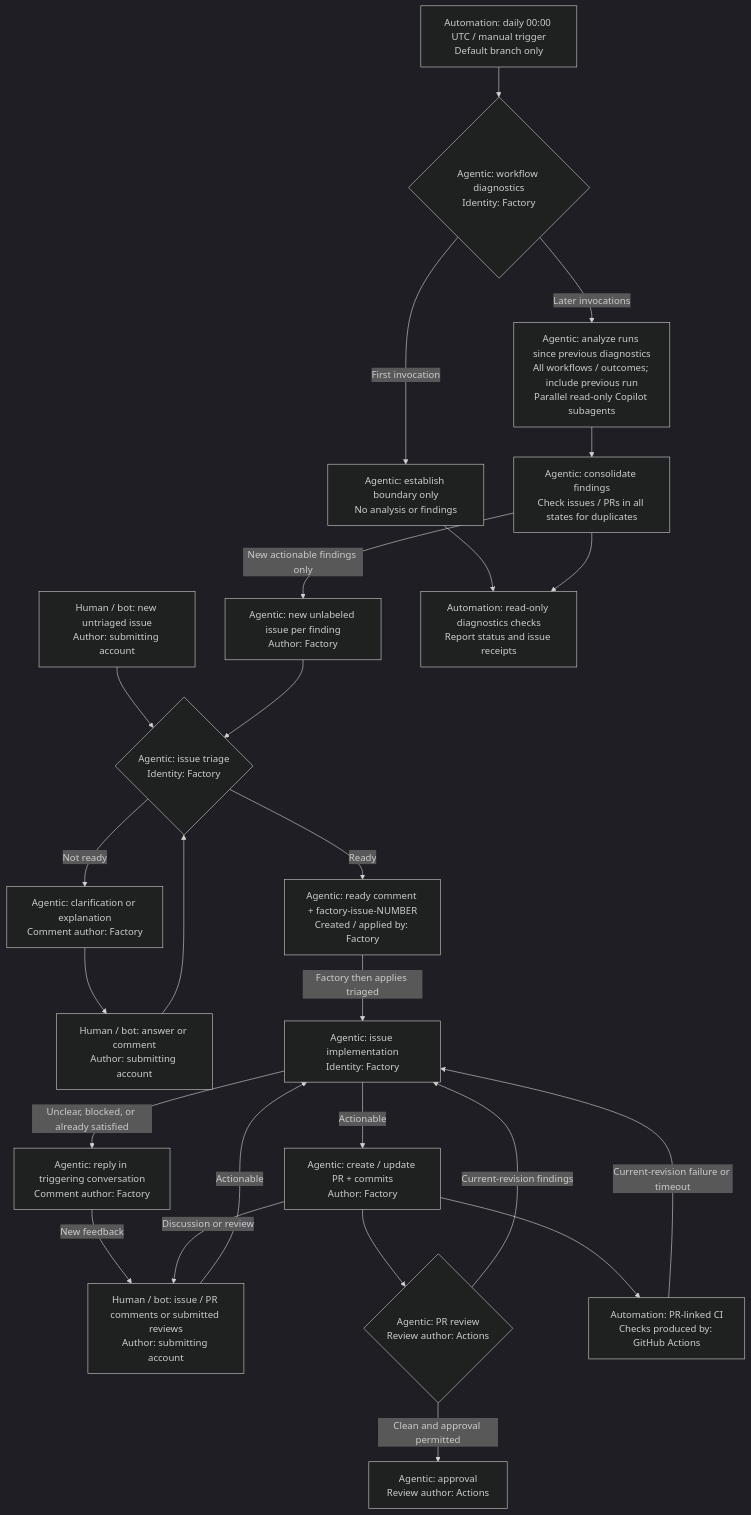
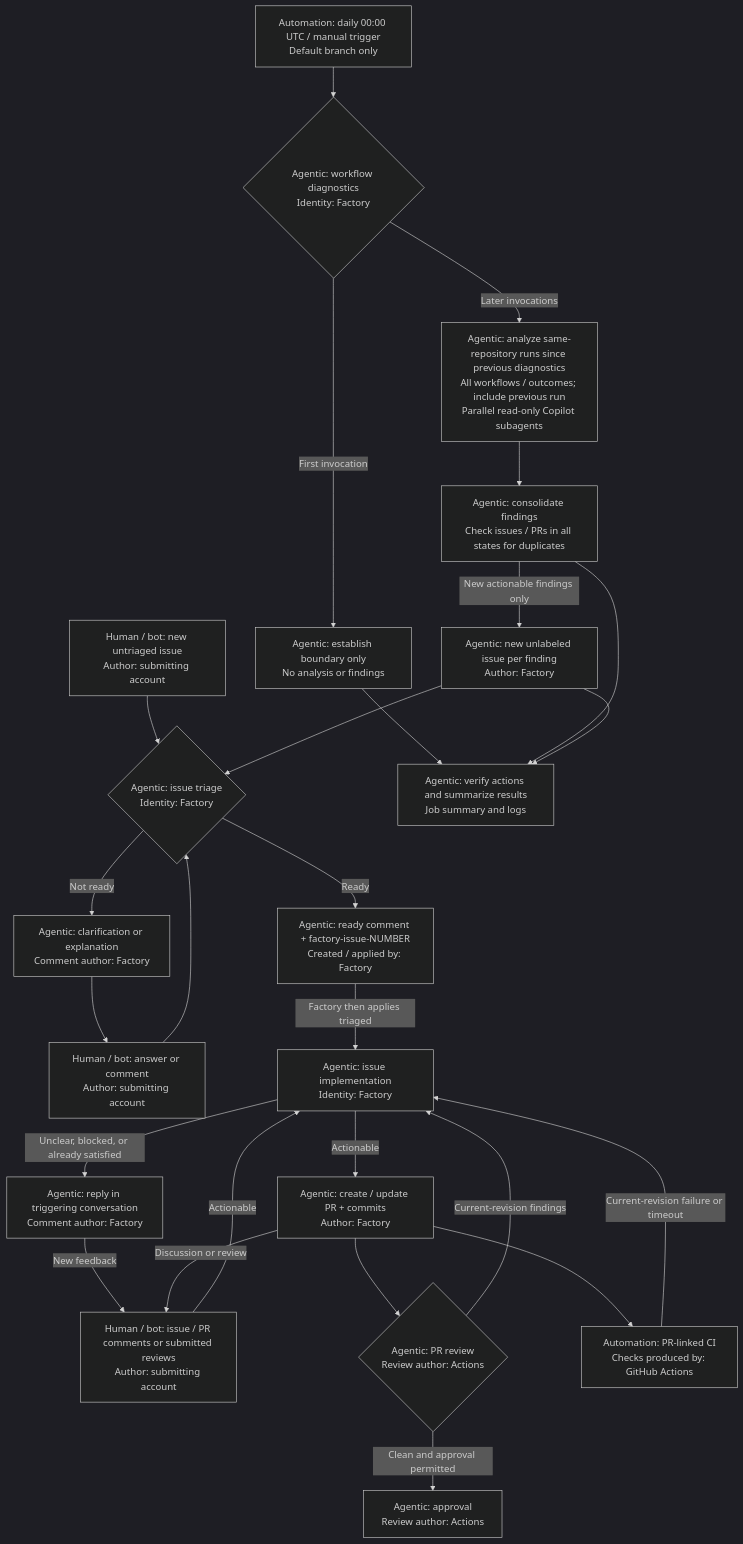
The diagram in README.md (VasiliyNovikov/Factory), drawn with Mermaid (dark theme) before and after one commit. The commit also changed other lines of this file and 4 other files, not shown here.

Commit message:
Simplify diagnostics and scope analysis to same-repository runs

````diff
--- a/README.md
+++ b/README.md
@@ -22,28 +22,29 @@
 ```mermaid
 flowchart TD
     issue["Human / bot: new untriaged issue<br/>Author: submitting account"] --> triage{"Agentic: issue triage<br/>Identity: Factory"}
     triage -->|Not ready| clarification["Agentic: clarification or explanation<br/>Comment author: Factory"]
     clarification --> answer["Human / bot: answer or comment<br/>Author: submitting account"]
     answer --> triage
     triage -->|Ready| tracking["Agentic: ready comment + factory-issue-NUMBER<br/>Created / applied by: Factory"]
     tracking -->|Factory then applies triaged| implementation["Agentic: issue implementation<br/>Identity: Factory"]
     implementation -->|Actionable| pr["Agentic: create / update PR + commits<br/>Author: Factory"]
     implementation -->|Unclear, blocked, or already satisfied| reply["Agentic: reply in triggering conversation<br/>Comment author: Factory"]
     reply -->|New feedback| feedback["Human / bot: issue / PR comments or submitted reviews<br/>Author: submitting account"]
     feedback -->|Actionable| implementation
     pr --> review{"Agentic: PR review<br/>Review author: Actions"}
     review -->|Current-revision findings| implementation
     review -->|Clean and approval permitted| approval["Agentic: approval<br/>Review author: Actions"]
     pr --> ci["Automation: PR-linked CI<br/>Checks produced by: GitHub Actions"]
     pr -->|Discussion or review| feedback
     ci -->|Current-revision failure or timeout| implementation
 
     diagnosticsTrigger["Automation: daily 00:00 UTC / manual trigger<br/>Default branch only"] --> diagnostics{"Agentic: workflow diagnostics<br/>Identity: Factory"}
     diagnostics -->|First invocation| boundary["Agentic: establish boundary only<br/>No analysis or findings"]
-    diagnostics -->|Later invocations| workflowAnalysis["Agentic: analyze runs since previous diagnostics<br/>All workflows / outcomes; include previous run<br/>Parallel read-only Copilot subagents"]
+    diagnostics -->|Later invocations| workflowAnalysis["Agentic: analyze same-repository runs since previous diagnostics<br/>All workflows / outcomes; include previous run<br/>Parallel read-only Copilot subagents"]
     workflowAnalysis --> findings["Agentic: consolidate findings<br/>Check issues / PRs in all states for duplicates"]
     findings -->|New actionable findings only| diagnosticsIssue["Agentic: new unlabeled issue per finding<br/>Author: Factory"]
     diagnosticsIssue --> triage
-    boundary --> diagnosticsChecks["Automation: read-only diagnostics checks<br/>Report status and issue receipts"]
-    findings --> diagnosticsChecks
+    boundary --> diagnosticsSummary["Agentic: verify actions and summarize results<br/>Job summary and logs"]
+    findings --> diagnosticsSummary
+    diagnosticsIssue --> diagnosticsSummary
 ```
````
